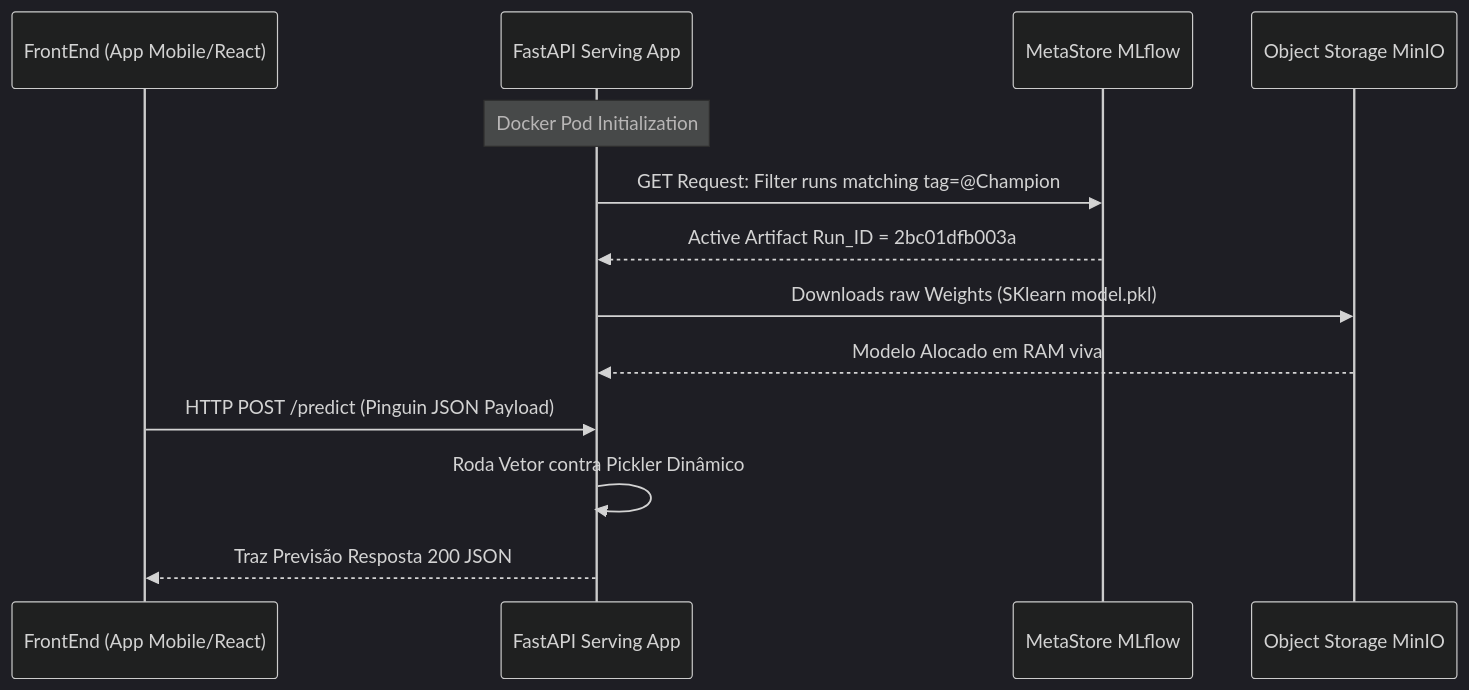
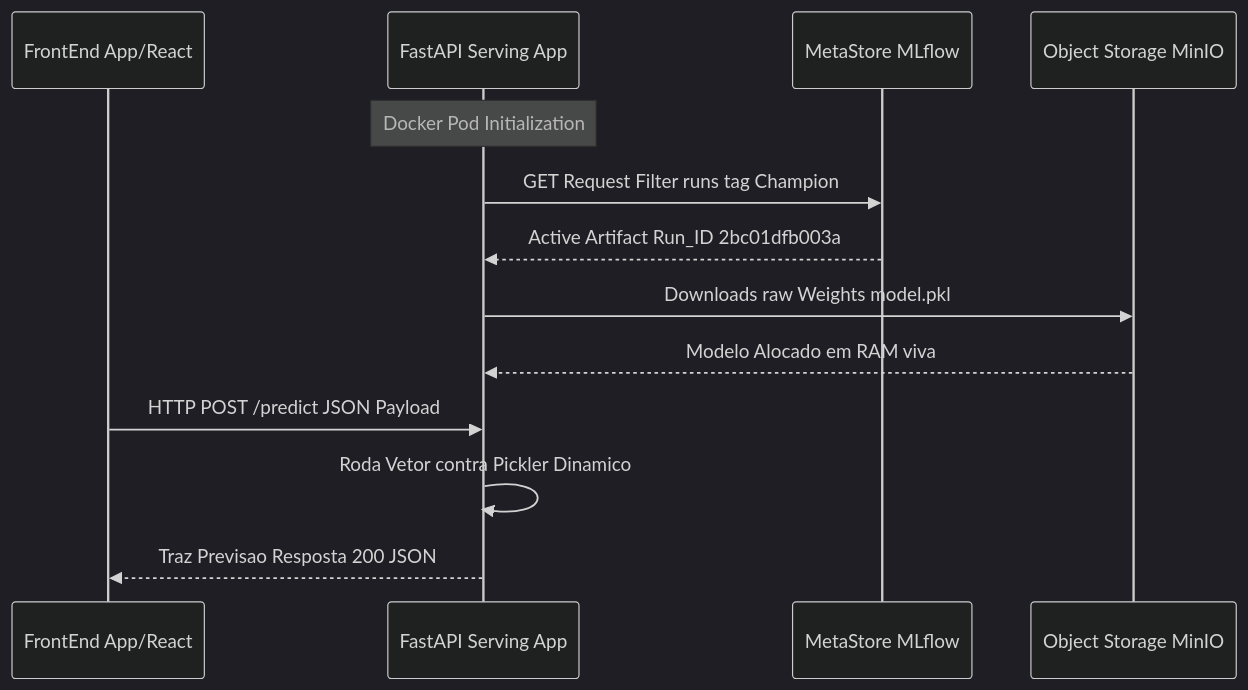
Before and after one commit to engfelipeviana/machine_Learning_pipeline: the fourth of 5 diagrams in README.md, drawn with Mermaid (dark theme). The commit also changed other lines of this file, not shown here.

````diff
--- a/README.md
+++ b/README.md
@@ -133,17 +128,17 @@
 ```mermaid
 sequenceDiagram
-    participant App as FrontEnd (App Mobile/React)
+    participant App as FrontEnd App/React
     participant API as FastAPI Serving App
     participant MLF as MetaStore MLflow
     participant S3 as Object Storage MinIO
     
     Note over API: Docker Pod Initialization
-    API->>MLF: GET Request: Filter runs matching tag=@Champion
-    MLF-->>API: Active Artifact Run_ID = 2bc01dfb003a
-    API->>S3: Downloads raw Weights (SKlearn model.pkl)
+    API->>MLF: GET Request Filter runs tag Champion
+    MLF-->>API: Active Artifact Run_ID 2bc01dfb003a
+    API->>S3: Downloads raw Weights model.pkl
     S3-->>API: Modelo Alocado em RAM viva
     
-    App->>API: HTTP POST /predict (Pinguin JSON Payload)
-    API->>API: Roda Vetor contra Pickler Dinâmico
-    API-->>App: Traz Previsão Resposta 200 JSON
+    App->>API: HTTP POST /predict JSON Payload
+    API->>API: Roda Vetor contra Pickler Dinamico
+    API-->>App: Traz Previsao Resposta 200 JSON
 ```
````
